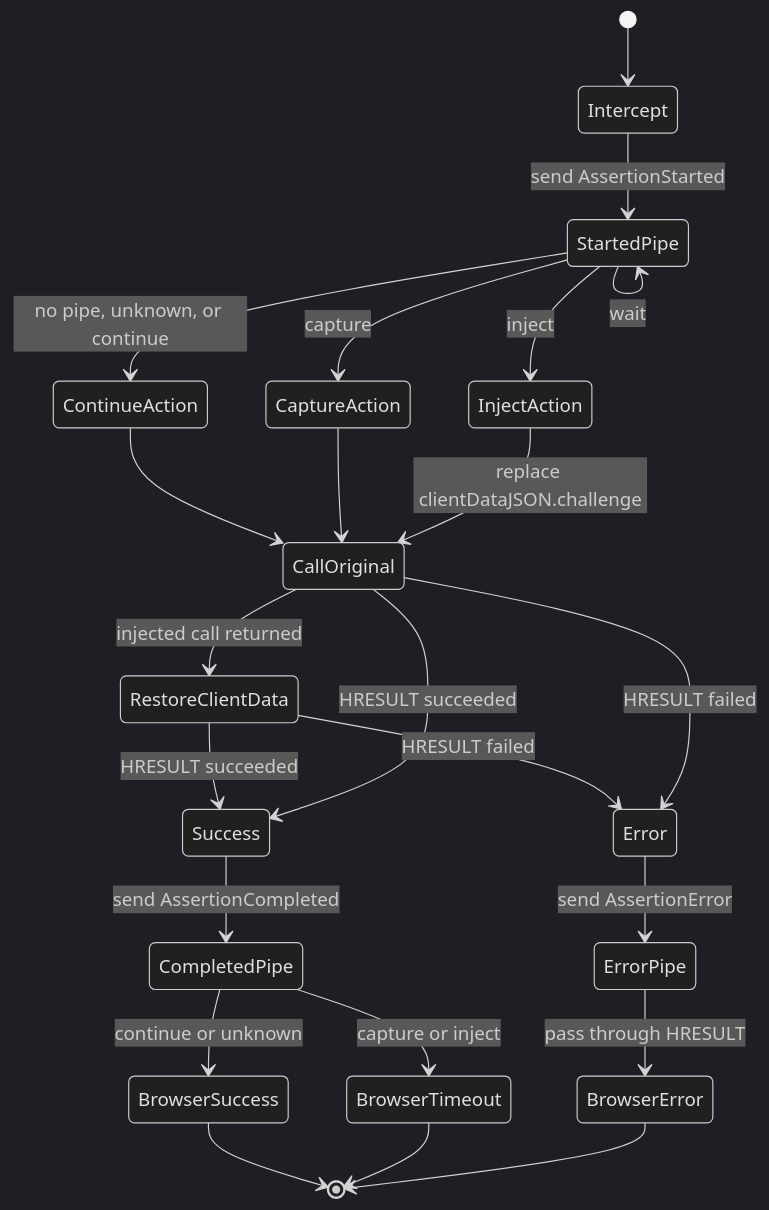
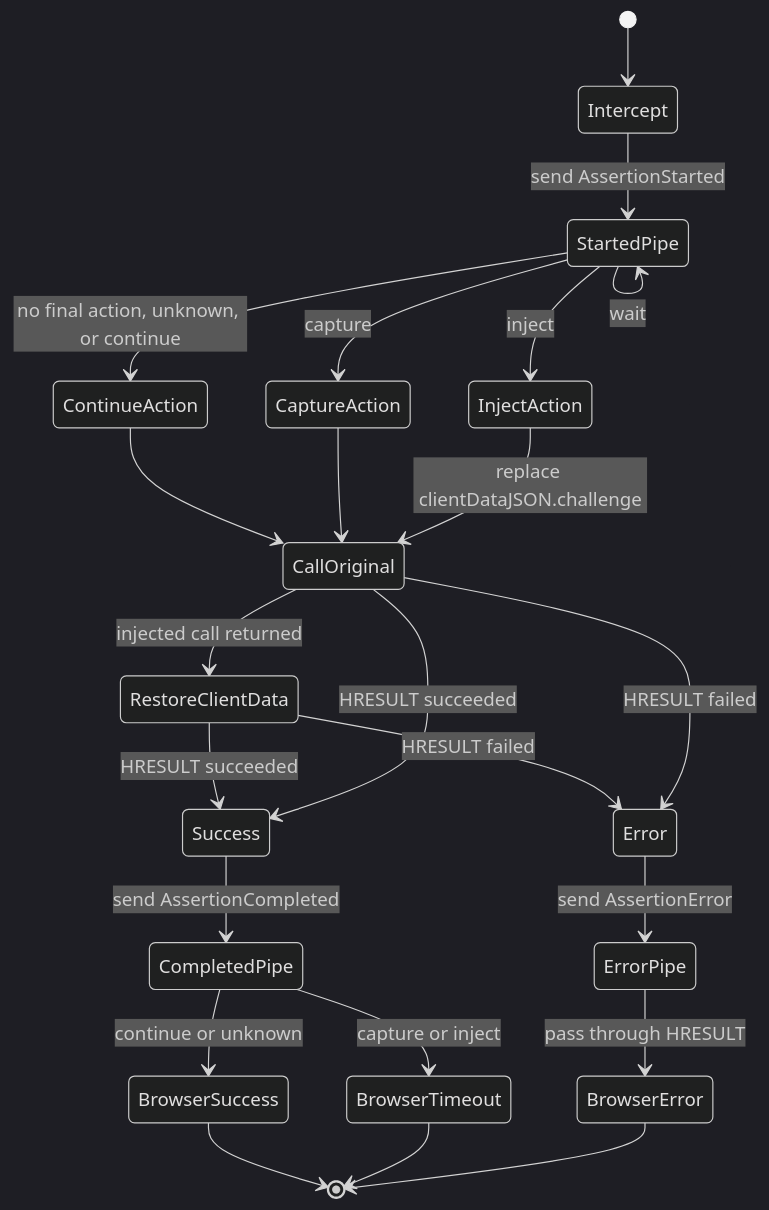
The diagram in Src/SpecterOps.Passkeys.WebAuthnHook/README.md (SpecterOps/pass-the-passkey), drawn with Mermaid (dark theme) before and after one commit. The commit also changed other lines of this file and 7 other files, not shown here.

````diff
--- a/Src/SpecterOps.Passkeys.WebAuthnHook/README.md
+++ b/Src/SpecterOps.Passkeys.WebAuthnHook/README.md
@@ -175,30 +175,30 @@
 ```mermaid
 stateDiagram-v2
     [*] --> Intercept
     Intercept --> StartedPipe: send AssertionStarted
 
-    StartedPipe --> ContinueAction: no pipe, unknown, or continue
+    StartedPipe --> ContinueAction: no final action, unknown, or continue
     StartedPipe --> CaptureAction: capture
     StartedPipe --> InjectAction: inject
     StartedPipe --> StartedPipe: wait
 
     ContinueAction --> CallOriginal
     CaptureAction --> CallOriginal
     InjectAction --> CallOriginal: replace clientDataJSON.challenge
 
     CallOriginal --> RestoreClientData: injected call returned
     RestoreClientData --> Success: HRESULT succeeded
     RestoreClientData --> Error: HRESULT failed
     CallOriginal --> Success: HRESULT succeeded
     CallOriginal --> Error: HRESULT failed
 
     Success --> CompletedPipe: send AssertionCompleted
     CompletedPipe --> BrowserSuccess: continue or unknown
     CompletedPipe --> BrowserTimeout: capture or inject
     BrowserSuccess --> [*]
     BrowserTimeout --> [*]
 
     Error --> ErrorPipe: send AssertionError
     ErrorPipe --> BrowserError: pass through HRESULT
     BrowserError --> [*]
 ```
````
